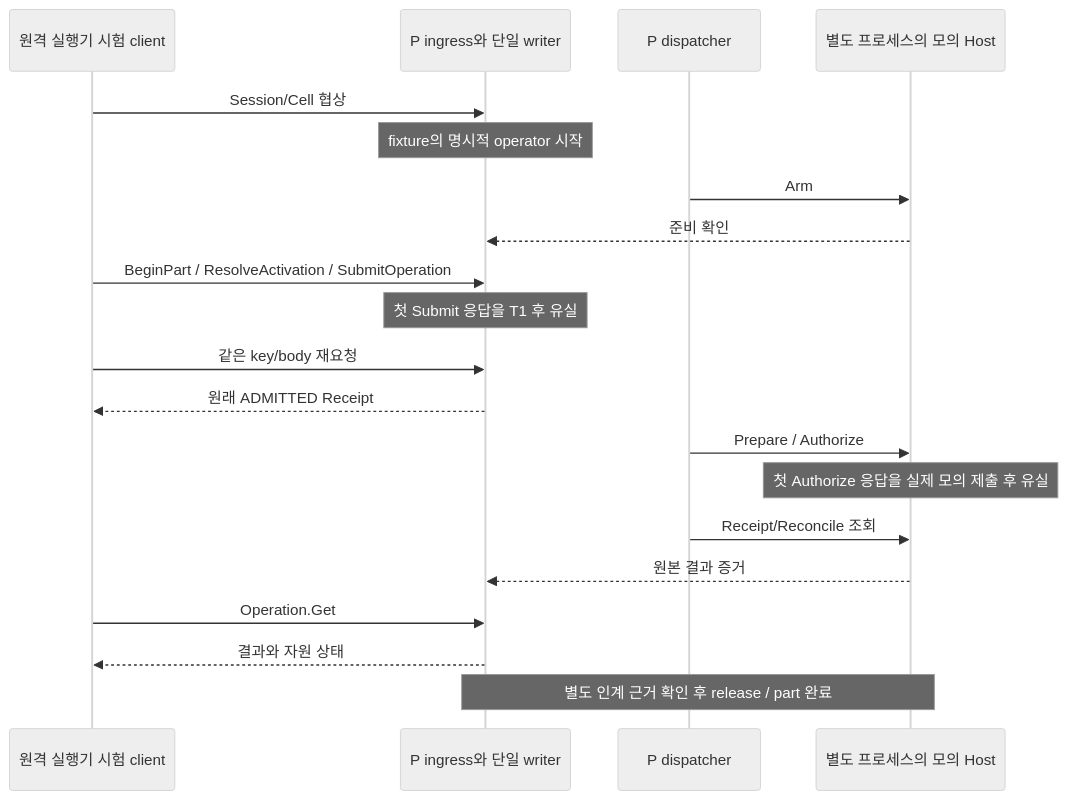
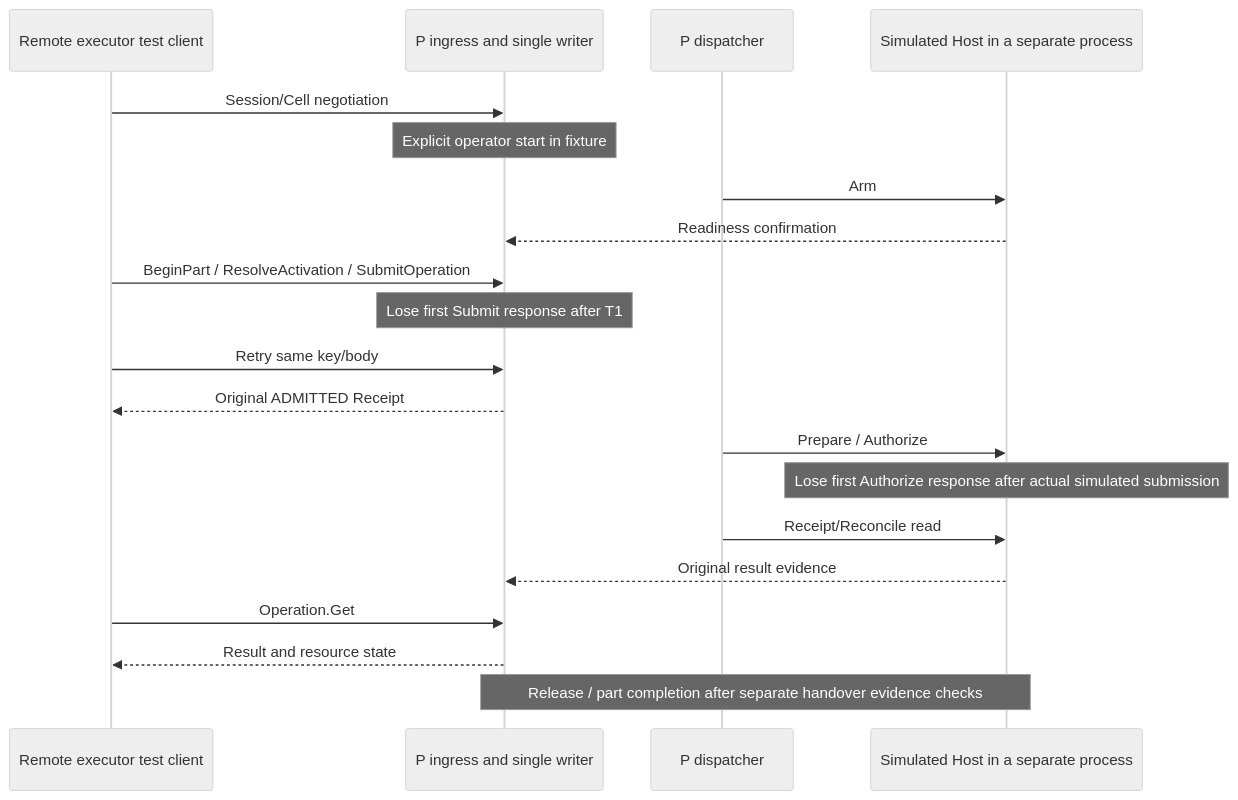
Before and after one commit to jack0682/rx-platform: the diagram in crates/rx-application/EXECUTOR_SUBMISSION.md, drawn with Mermaid (neutral theme). The commit also changed other lines of this file and 103 other files, not shown here.

````diff
--- a/crates/rx-application/EXECUTOR_SUBMISSION.md
+++ b/crates/rx-application/EXECUTOR_SUBMISSION.md
@@ -52,22 +52,22 @@
 ```mermaid
 sequenceDiagram
-  participant E as 원격 실행기 시험 client
-  participant P as P ingress와 단일 writer
+  participant E as Remote executor test client
+  participant P as P ingress and single writer
   participant D as P dispatcher
-  participant H as 별도 프로세스의 모의 Host
-  E->>P: Session/Cell 협상
-  Note over P: fixture의 명시적 operator 시작
+  participant H as Simulated Host in a separate process
+  E->>P: Session/Cell negotiation
+  Note over P: Explicit operator start in fixture
   D->>H: Arm
-  H-->>P: 준비 확인
+  H-->>P: Readiness confirmation
   E->>P: BeginPart / ResolveActivation / SubmitOperation
-  Note over P: 첫 Submit 응답을 T1 후 유실
-  E->>P: 같은 key/body 재요청
-  P-->>E: 원래 ADMITTED Receipt
+  Note over P: Lose first Submit response after T1
+  E->>P: Retry same key/body
+  P-->>E: Original ADMITTED Receipt
   D->>H: Prepare / Authorize
-  Note over H: 첫 Authorize 응답을 실제 모의 제출 후 유실
-  D->>H: Receipt/Reconcile 조회
-  H-->>P: 원본 결과 증거
+  Note over H: Lose first Authorize response after actual simulated submission
+  D->>H: Receipt/Reconcile read
+  H-->>P: Original result evidence
   E->>P: Operation.Get
-  P-->>E: 결과와 자원 상태
-  Note over P,H: 별도 인계 근거 확인 후 release / part 완료
+  P-->>E: Result and resource state
+  Note over P,H: Release / part completion after separate handover evidence checks
 ```
````
